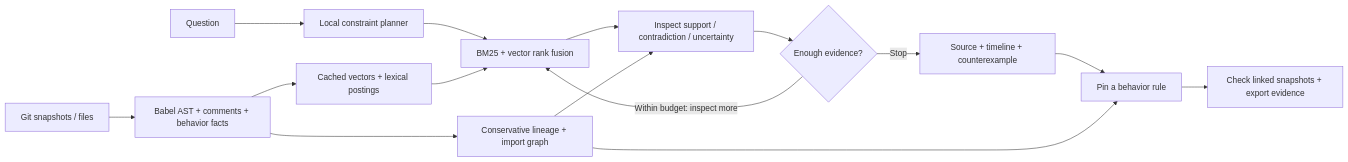
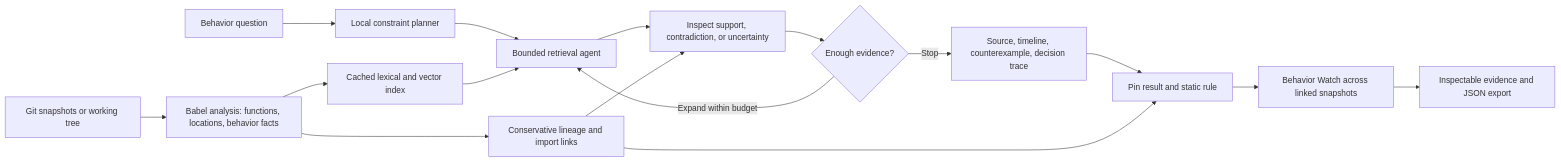
The diagram in README.md (AdvayV/AgenticIntelligence), drawn with Mermaid before and after one commit. The commit also changed other lines of this file and 3 other files, not shown here.

Commit message:
Focus project documentation on CodeStrata problem and architecture

````diff
--- a/README.md
+++ b/README.md
@@ -85,17 +22,18 @@
 ```mermaid
 flowchart LR
-  G[Git snapshots / files] --> A[Babel AST + comments + behavior facts]
-  A --> I[Cached vectors + lexical postings]
-  A --> V[Conservative lineage + import graph]
-  Q[Question] --> P[Local constraint planner]
-  P --> R[BM25 + vector rank fusion]
+  S["Git snapshots or working tree"] --> A["Babel analysis: functions, locations, behavior facts"]
+  A --> I["Cached lexical and vector index"]
+  A --> L["Conservative lineage and import links"]
+  Q["Behavior question"] --> P["Local constraint planner"]
+  P --> R["Bounded retrieval agent"]
   I --> R
-  R --> E[Inspect support / contradiction / uncertainty]
-  V --> E
-  E --> D{Enough evidence?}
-  D -->|Within budget: inspect more| R
-  D -->|Stop| O[Source + timeline + counterexample]
-  O --> W[Pin a behavior rule]
-  V --> W
-  W --> H[Check linked snapshots + export evidence]
+  R --> E["Inspect support, contradiction, or uncertainty"]
+  L --> E
+  E --> D{"Enough evidence?"}
+  D -->|Expand within budget| R
+  D -->|Stop| O["Source, timeline, counterexample, decision trace"]
+  O --> W["Pin result and static rule"]
+  L --> W
+  W --> H["Behavior Watch across linked snapshots"]
+  H --> J["Inspectable evidence and JSON export"]
 ```
````
